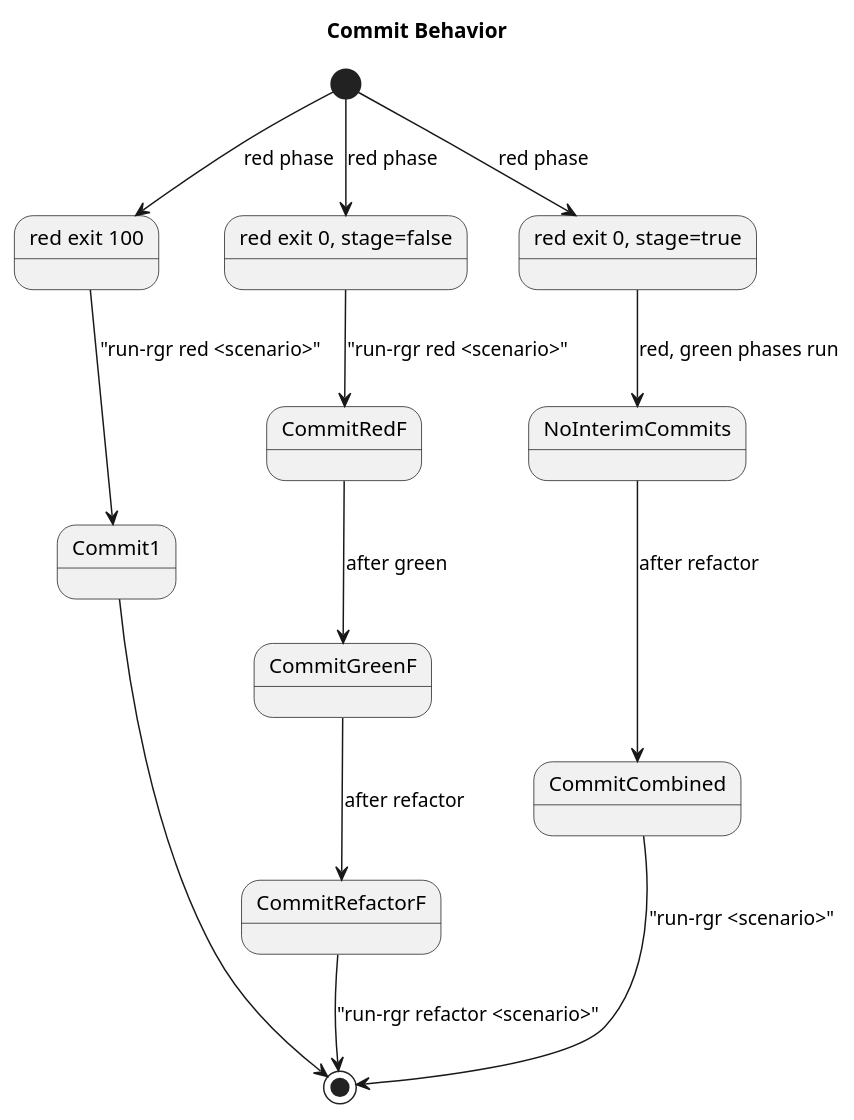
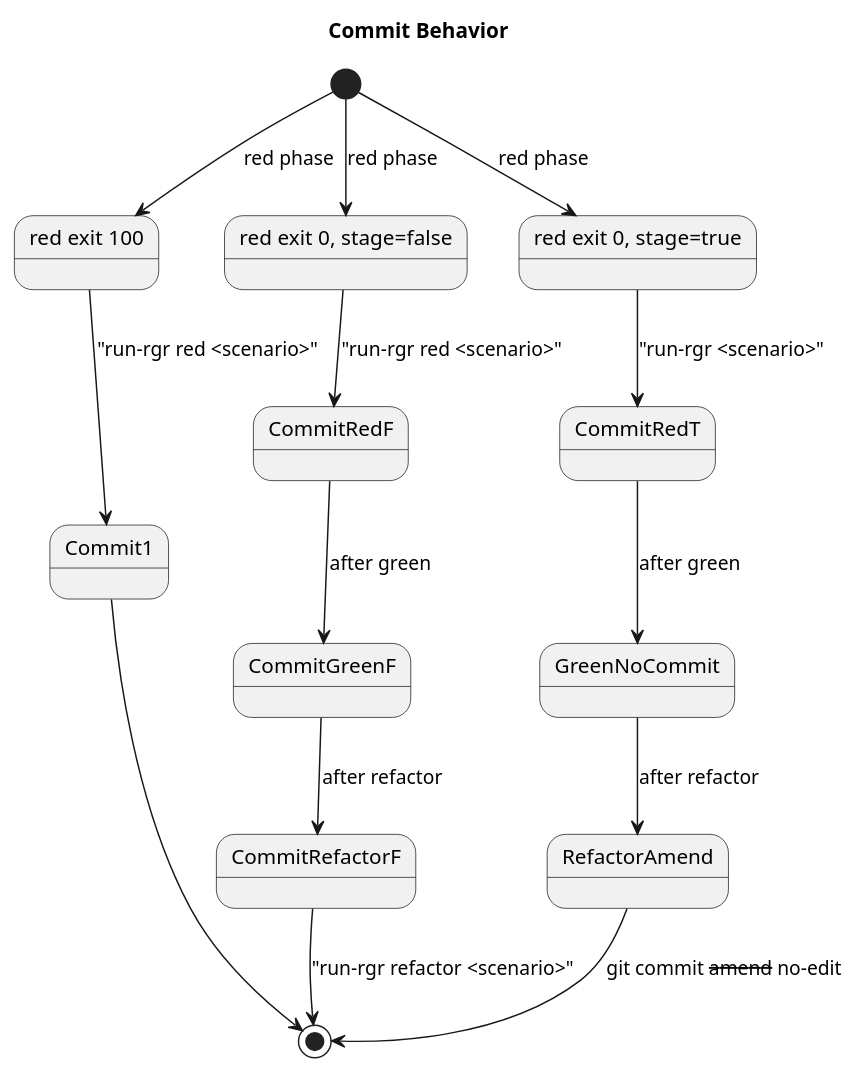
Before and after one commit to farhan5248/sheep-dog-qa: diagram 11 of 12 in sheep-dog-features/src/test/resources/asciidoc/specs/Darmok/model.md, drawn with PlantUML. The commit also changed other lines of this file and 3 other files, not shown here.

````diff
--- a/sheep-dog-features/src/test/resources/asciidoc/specs/Darmok/model.md
+++ b/sheep-dog-features/src/test/resources/asciidoc/specs/Darmok/model.md
@@ -346,26 +384,27 @@
 ```plantuml
 @startuml
 title Commit Behavior
 
 state "red exit 100" as R100
 state "red exit 0, stage=false" as R0F
 state "red exit 0, stage=true"  as R0T
 
 [*] --> R100 : red phase
 [*] --> R0F  : red phase
 [*] --> R0T  : red phase
 
 R100 --> Commit1 : "run-rgr red <scenario>"
 Commit1 --> [*]
 
 R0F  --> CommitRedF   : "run-rgr red <scenario>"
 CommitRedF --> CommitGreenF : after green
 CommitGreenF --> CommitRefactorF : after refactor
 CommitRefactorF --> [*] : "run-rgr refactor <scenario>"
 
-R0T  --> NoInterimCommits : red, green phases run
-NoInterimCommits --> CommitCombined : after refactor
-CommitCombined --> [*] : "run-rgr <scenario>"
+R0T  --> CommitRedT   : "run-rgr <scenario>"
+CommitRedT --> GreenNoCommit : after green
+GreenNoCommit --> RefactorAmend : after refactor
+RefactorAmend --> [*] : git commit --amend --no-edit
 
 @enduml
 ```
````
